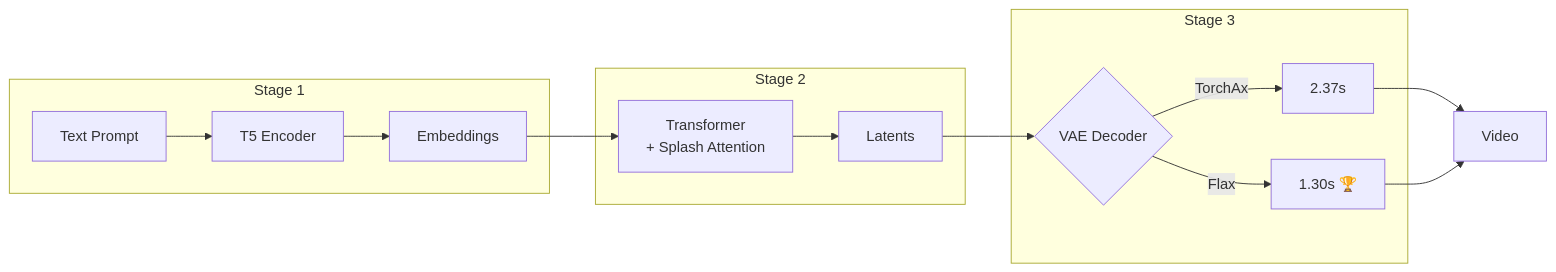
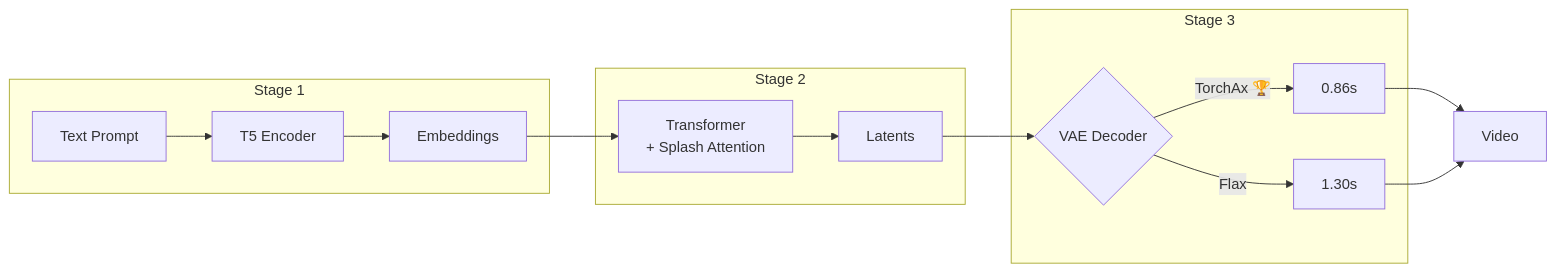
The first of 2 diagrams in tpu/CogVideoX/README.md (yangwhale/gpu-tpu-pedia), drawn with Mermaid before and after one commit. The commit also changed other lines of this file and 6 other files, not shown here.

````diff
--- a/tpu/CogVideoX/README.md
+++ b/tpu/CogVideoX/README.md
@@ -19,21 +19,21 @@
 ```mermaid
 flowchart LR
     subgraph "Stage 1"
         A[Text Prompt] --> B[T5 Encoder]
         B --> C[Embeddings]
     end
     
     subgraph "Stage 2"
         C --> D[Transformer<br/>+ Splash Attention]
         D --> E[Latents]
     end
     
     subgraph "Stage 3"
         E --> F{VAE Decoder}
-        F -->|TorchAx| G1[2.37s]
-        F -->|Flax| G2[1.30s 🏆]
+        F -->|TorchAx 🏆| G1[0.86s]
+        F -->|Flax| G2[1.30s]
     end
     
     G1 --> H[Video]
     G2 --> H
 ```
````
